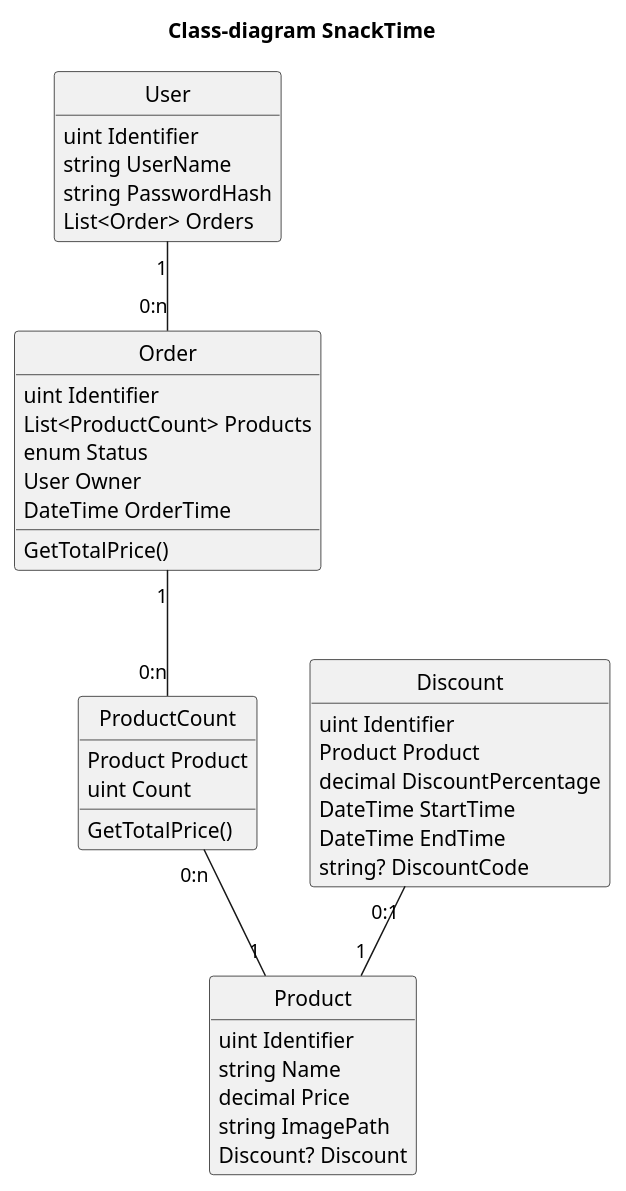
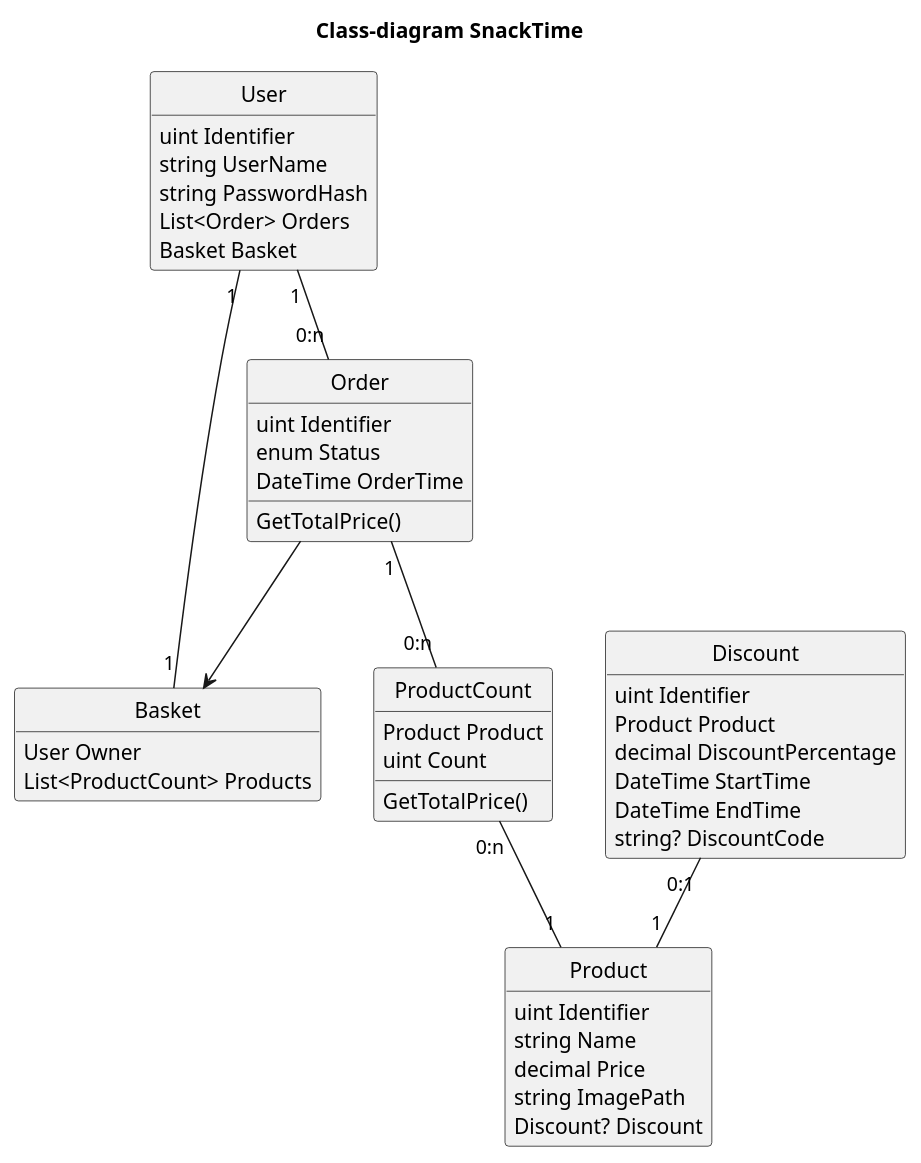
The diagram in SnackTime/Uml/ClassDiagram.puml (kinggeert/SnackTime), drawn with PlantUML before and after one commit.

Commit message:
Add basket to class diagram

```diff
--- a/SnackTime/Uml/ClassDiagram.puml
+++ b/SnackTime/Uml/ClassDiagram.puml
@@ -1,57 +1,64 @@
 @startuml
 hide circle
 hide empty members
 skinparam classAttributeIconSize 0
 skinparam packageStyle rectangle
 title Class-diagram SnackTime
 
 
 class User {
     uint Identifier
     string UserName
     string PasswordHash
     List<Order> Orders
+    Basket Basket
 }
 
 class Product {
     uint Identifier
     string Name
     decimal Price
     string ImagePath
     Discount? Discount
 }
 
 class ProductCount {
     Product Product
     uint Count
     
     GetTotalPrice()
 }
 
+class Basket {
+    User Owner
+    List<ProductCount> Products
+}
+
 class Order {
     uint Identifier
-    List<ProductCount> Products
     enum Status
-    User Owner
     DateTime OrderTime
     
     GetTotalPrice()
 }
 
 class Discount {
     uint Identifier
     Product Product
     decimal DiscountPercentage
     DateTime StartTime
     DateTime EndTime
     string? DiscountCode
 }
 
 User "1" -- "0:n" Order
 Order "1" -- "0:n" ProductCount
 ProductCount "0:n" -- "1" Product
 Discount "0:1" -- "1" Product
+User "1" -- "1" Basket
+
+Order --> Basket
 
 
 
 @enduml
```
